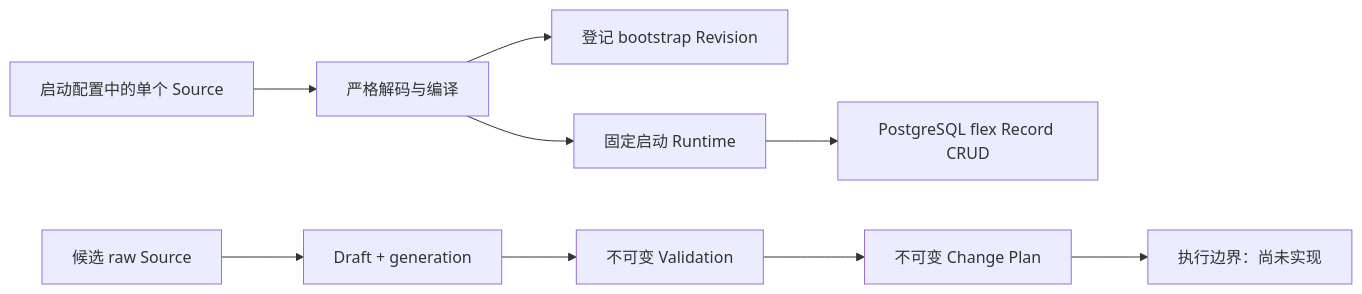
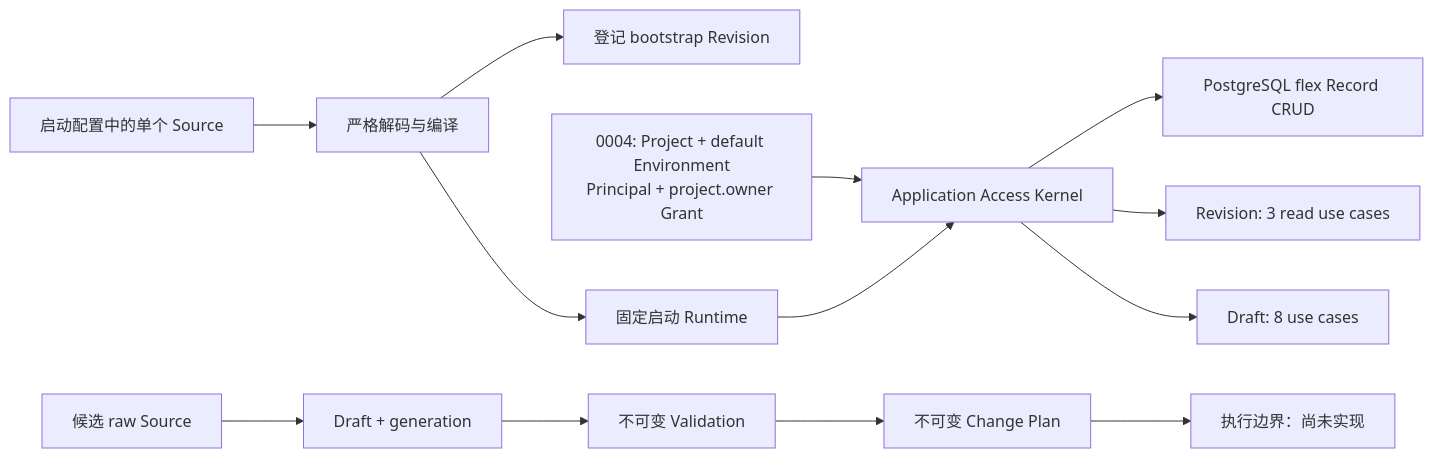
The first of 3 diagrams in docs/roadmap/server-core.md (shezw/panvara), drawn with Mermaid before and after one commit. The commit also changed other lines of this file and 60 other files, not shown here.

Commit message:
feat(server): persist execution scope and enforce access policy

````diff
--- a/docs/roadmap/server-core.md
+++ b/docs/roadmap/server-core.md
@@ -31,12 +31,16 @@
 ```mermaid
 flowchart LR
     Source["启动配置中的单个 Source"] --> Compile["严格解码与编译"]
     Compile --> Registry["登记 bootstrap Revision"]
     Compile --> Runtime["固定启动 Runtime"]
-    Runtime --> CRUD["PostgreSQL flex Record CRUD"]
+    Scope["0004: Project + default Environment<br/>Principal + project.owner Grant"] --> Kernel["Application Access Kernel"]
+    Runtime --> Kernel
+    Kernel --> CRUD["PostgreSQL flex Record CRUD"]
+    Kernel --> RegistryRead["Revision: 3 read use cases"]
+    Kernel --> DraftUseCases["Draft: 8 use cases"]
 
     Candidate["候选 raw Source"] --> Draft["Draft + generation"]
     Draft --> Validate["不可变 Validation"]
     Validate --> Plan["不可变 Change Plan"]
     Plan --> Stop["执行边界：尚未实现"]
 ```
````
